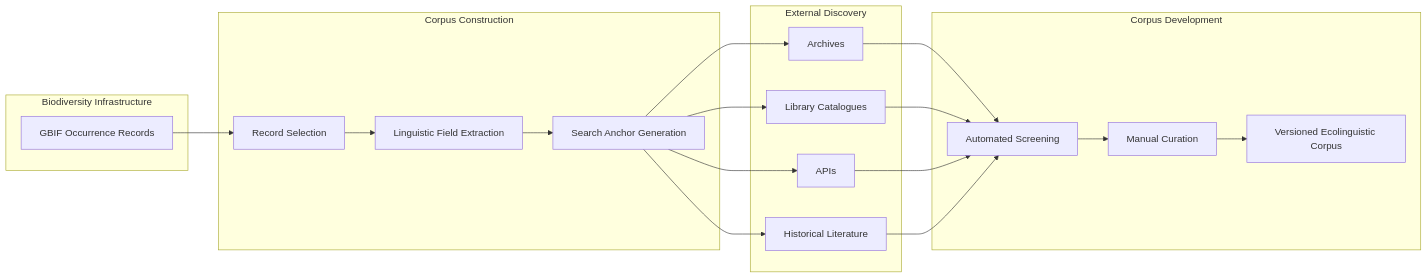
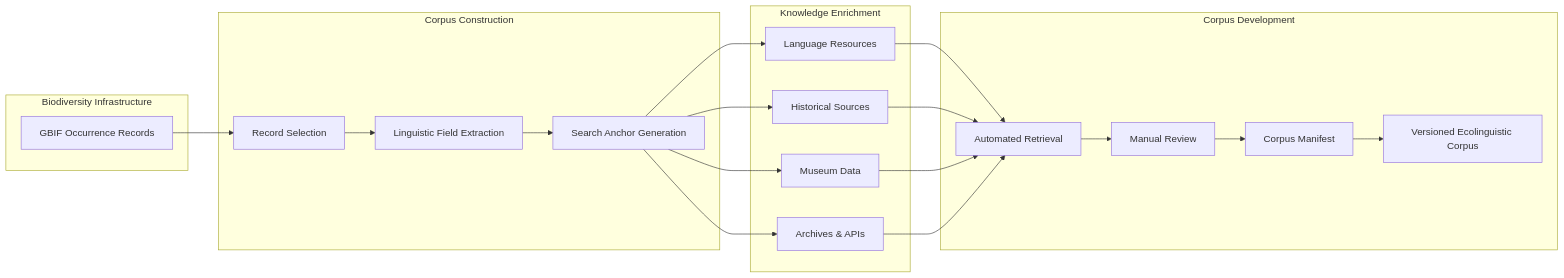
One commit to craigmateo/biodiversity-corpus-pipeline changed the diagram in README.md. Above: the diagram before and after it, drawn with Mermaid. The commit also changed other lines of this file and 1 other file, not shown here.

````diff
--- a/README.md
+++ b/README.md
@@ -13,43 +28,45 @@
 ```mermaid
 flowchart LR
 
     subgraph Biodiversity Infrastructure
         A[GBIF Occurrence Records]
     end
 
     subgraph Corpus Construction
         B[Record Selection]
         C[Linguistic Field Extraction]
         D[Search Anchor Generation]
     end
 
-    subgraph External Discovery
-        E[Archives]
-        F[Library Catalogues]
-        G[APIs]
-        H[Historical Literature]
+    subgraph Knowledge Enrichment
+        L[Language Resources]
+        M[Historical Sources]
+        N[Museum Data]
+        O[Archives & APIs]
     end
 
     subgraph Corpus Development
-        I[Automated Screening]
-        J[Manual Curation]
-        K[Versioned Ecolinguistic Corpus]
+        P[Automated Retrieval]
+        Q[Manual Review]
+        R[Corpus Manifest]
+        S[Versioned Ecolinguistic Corpus]
     end
 
     A --> B
     B --> C
     C --> D
 
-    D --> E
-    D --> F
-    D --> G
-    D --> H
+    D --> L
+    D --> M
+    D --> N
+    D --> O
 
-    E --> I
-    F --> I
-    G --> I
-    H --> I
+    L --> P
+    M --> P
+    N --> P
+    O --> P
 
-    I --> J
-    J --> K
+    P --> Q
+    Q --> R
+    R --> S
 ```
````
